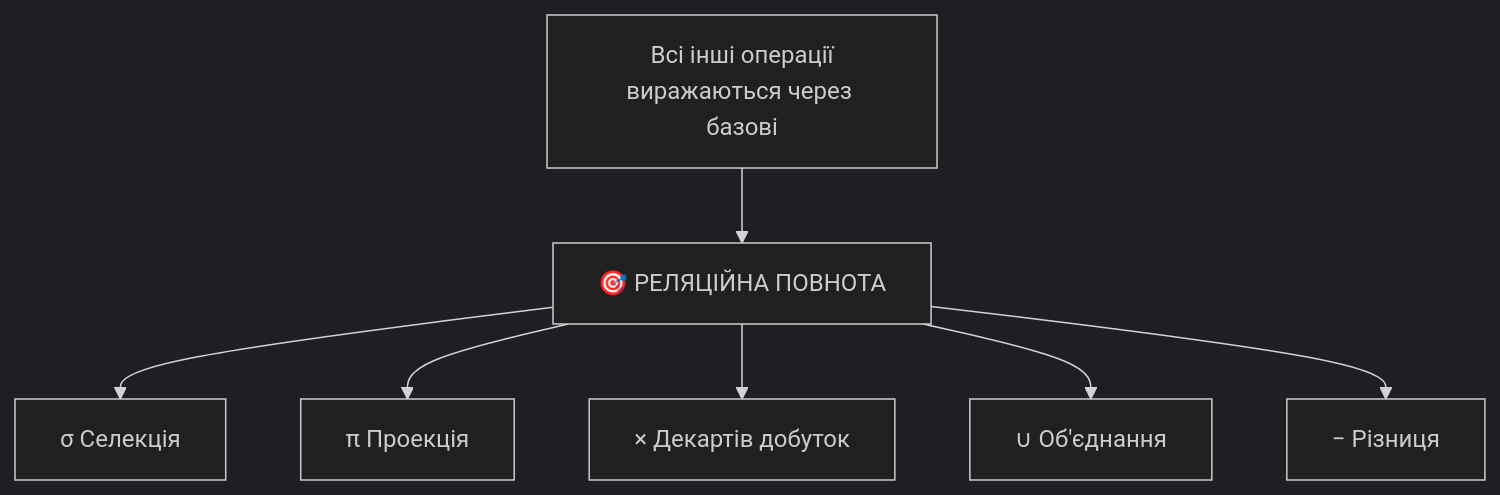
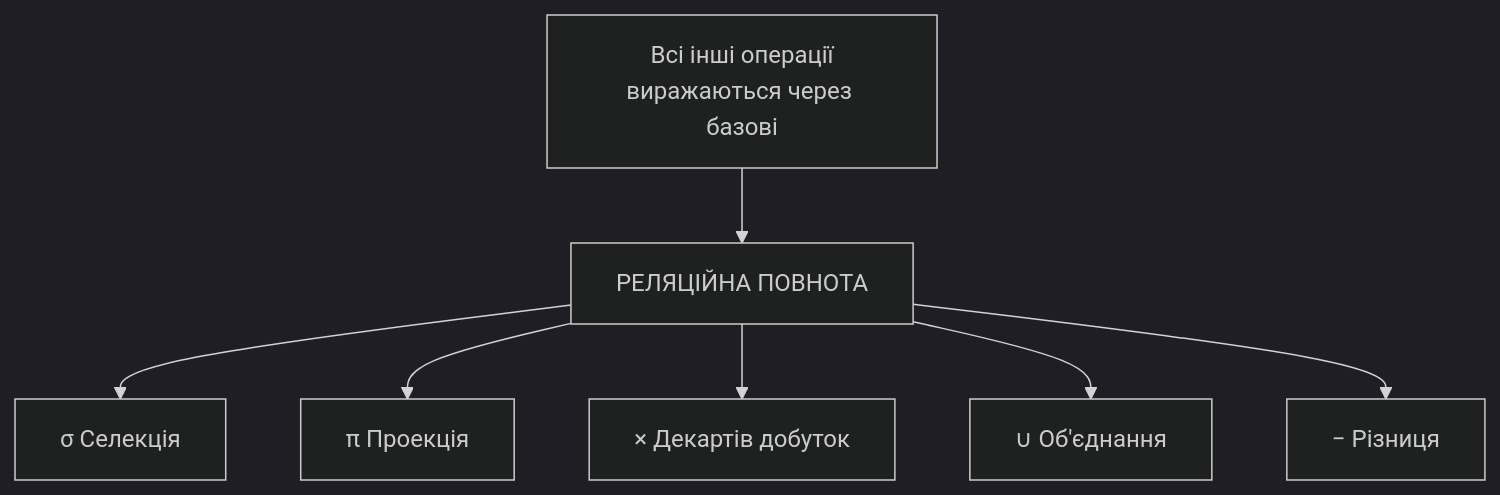
The sixth of 8 diagrams in docs/presentations/presentation-04.md (olroi421/course-bd), drawn with Mermaid (dark theme) before and after one commit. The commit also changed other lines of this file and 1 other file, not shown here.

````diff
--- a/docs/presentations/presentation-04.md
+++ b/docs/presentations/presentation-04.md
@@ -576,10 +577,10 @@
 ```mermaid
 graph TD
-    A[🎯 РЕЛЯЦІЙНА ПОВНОТА] --> B[σ Селекція]
+    A[РЕЛЯЦІЙНА ПОВНОТА] --> B[σ Селекція]
     A --> C[π Проекція]
     A --> D[× Декартів добуток]
     A --> E[∪ Об'єднання]
     A --> F[− Різниця]
 
     G[Всі інші операції<br/>виражаються через базові] --> A
 ```
````
